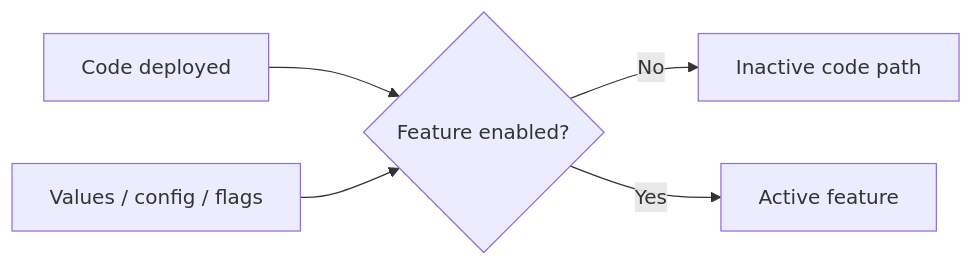
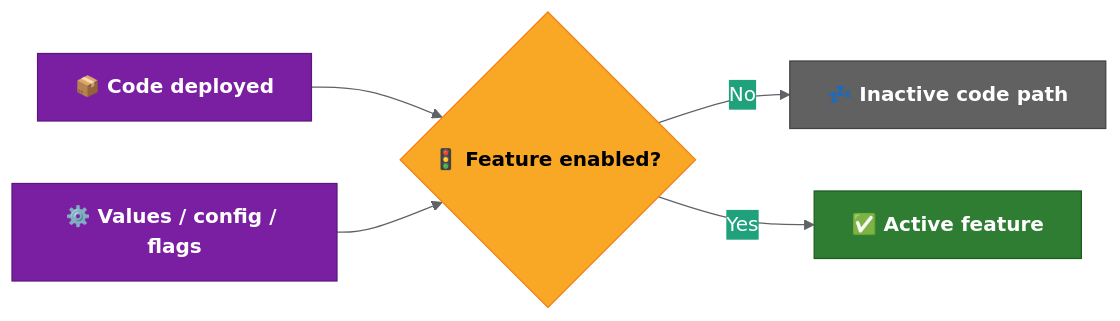
Before and after one commit to benanaktaspusulait/branching-strategy: the third of 3 diagrams in docs/current-release-operating-model.md, drawn with Mermaid. The commit also changed other lines of this file and 2 other files, not shown here.

````diff
--- a/docs/current-release-operating-model.md
+++ b/docs/current-release-operating-model.md
@@ -171,7 +182,14 @@
 ```mermaid
+%%{init: {'theme': 'base', 'themeVariables': {'primaryColor': '#7b1fa2', 'primaryTextColor': '#fff', 'primaryBorderColor': '#5c1680', 'lineColor': '#5f6368'}}}%%
+
 flowchart LR
-  CODE["Code deployed"] --> FLAG{"Feature enabled?"}
-  FLAG -->|No| DORMANT["Inactive code path"]
-  FLAG -->|Yes| ACTIVE["Active feature"]
-  CONFIG["Values / config / flags"] --> FLAG
+  CODE["📦 Code deployed"]:::node --> FLAG{"🚦 Feature enabled?"}:::decision
+  FLAG -->|No| DORMANT["💤 Inactive code path"]:::off
+  FLAG -->|Yes| ACTIVE["✅ Active feature"]:::on
+  CONFIG["⚙️ Values / config / flags"]:::node --> FLAG
+
+  classDef node fill:#7b1fa2,stroke:#5c1680,color:#fff,font-weight:bold
+  classDef decision fill:#f9a825,stroke:#f57f17,color:#000,font-weight:bold
+  classDef off fill:#616161,stroke:#424242,color:#fff
+  classDef on fill:#2e7d32,stroke:#1b5e20,color:#fff,font-weight:bold
 ```
````
